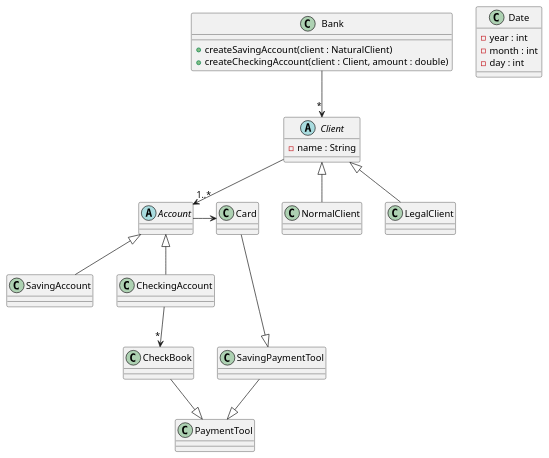
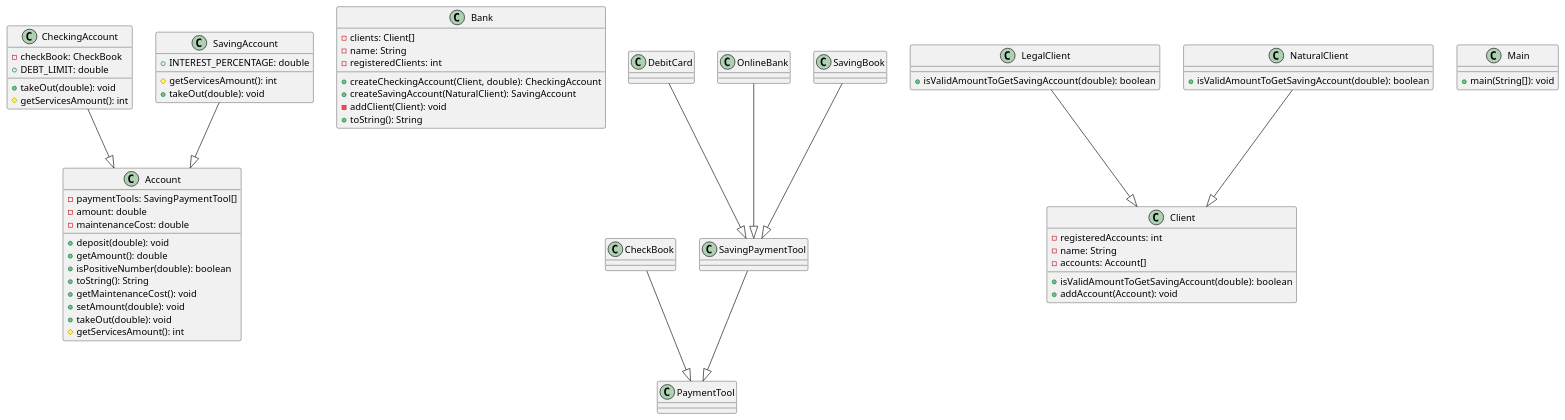
Before and after one commit to wesdell/bank_design: the diagram in src/Bank.puml, drawn with PlantUML.

Commit message:
Update bank design

```diff
--- a/src/Bank.puml
+++ b/src/Bank.puml
@@ -1,47 +1,67 @@
 @startuml
+class Account {
+  - paymentTools: SavingPaymentTool[]
+  - amount: double
+  - maintenanceCost: double
+  + deposit(double): void
+  + getAmount(): double
+  + isPositiveNumber(double): boolean
+  + toString(): String
+  + getMaintenanceCost(): void
+  + setAmount(double): void
+  + takeOut(double): void
+  # getServicesAmount(): int
+}
 class Bank {
-+createSavingAccount(client : NaturalClient)
-+createCheckingAccount(client : Client, amount : double)
+  - clients: Client[]
+  - name: String
+  - registeredClients: int
+  + createCheckingAccount(Client, double): CheckingAccount
+  + createSavingAccount(NaturalClient): SavingAccount
+  - addClient(Client): void
+  + toString(): String
 }
+class CheckBook
+class CheckingAccount {
+  - checkBook: CheckBook
+  + DEBT_LIMIT: double
+  + takeOut(double): void
+  # getServicesAmount(): int
+}
+class Client {
+  - registeredAccounts: int
+  - name: String
+  - accounts: Account[]
+  + isValidAmountToGetSavingAccount(double): boolean
+  + addAccount(Account): void
+}
+class DebitCard
+class LegalClient {
+  + isValidAmountToGetSavingAccount(double): boolean
+}
+class Main {
+  + main(String[]): void
+}
+class NaturalClient {
+  + isValidAmountToGetSavingAccount(double): boolean
+}
+class OnlineBank
+class PaymentTool
+class SavingAccount {
+  + INTEREST_PERCENTAGE: double
+  # getServicesAmount(): int
+  + takeOut(double): void
+}
+class SavingBook
+class SavingPaymentTool
 
-abstract class Account {
-}
-
-class Date {
--year : int
--month : int
--day : int
-}
-
-class SavingAccount {}
-
-class CheckingAccount {}
-
-class Card {}
-
-class CheckBook {}
-
-class PaymentTool {}
-
-abstract class Client {
--name : String
-}
-
-class NormalClient {}
-
-class LegalClient {}
-
-Bank -->"*" Client
-CheckingAccount -->"*" CheckBook
-Client -->"1..*" Account
-Account -> Card
-
-Card --|> SavingPaymentTool
-CheckBook --|> PaymentTool
-SavingPaymentTool --|> PaymentTool
-
-SavingAccount -u-|> Account
-CheckingAccount -u-|> Account
-NormalClient -u-|> Client
-LegalClient -u-|> Client
+CheckBook          --|>  PaymentTool
+CheckingAccount    --|>  Account
+DebitCard          --|>  SavingPaymentTool
+LegalClient        --|>  Client
+NaturalClient      --|>  Client
+OnlineBank         --|>  SavingPaymentTool
+SavingAccount      --|>  Account
+SavingBook         --|> SavingPaymentTool
+SavingPaymentTool  --|>  PaymentTool
 @enduml
```
